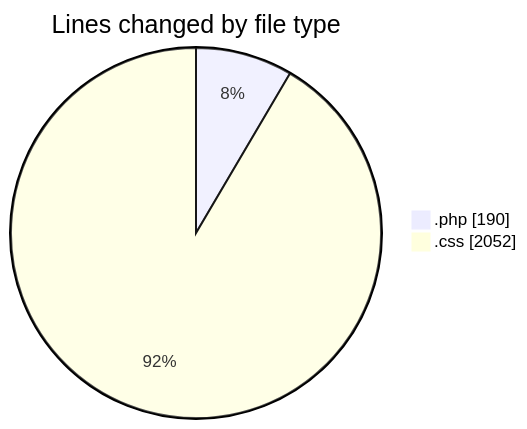
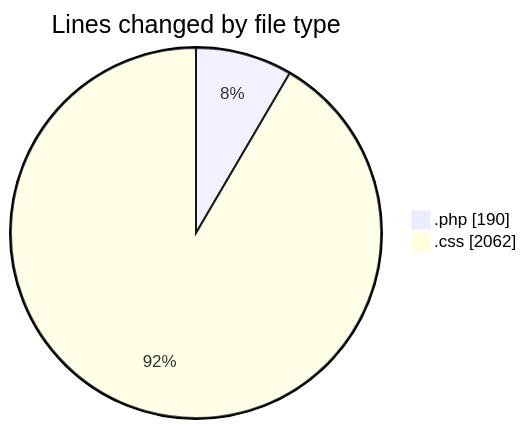
The first of 2 diagrams in 2026-11-04/wp-content/README.md (debugP/code-tracking), drawn with Mermaid before and after one commit. The commit also changed other lines of this file and 1 other file, not shown here.

````diff
--- a/2026-11-04/wp-content/README.md
+++ b/2026-11-04/wp-content/README.md
@@ -21,6 +21,6 @@
 ```mermaid
 pie showData
 title Lines changed by file type
 ".php" : 190
-".css" : 2052
+".css" : 2062
 ```
````
